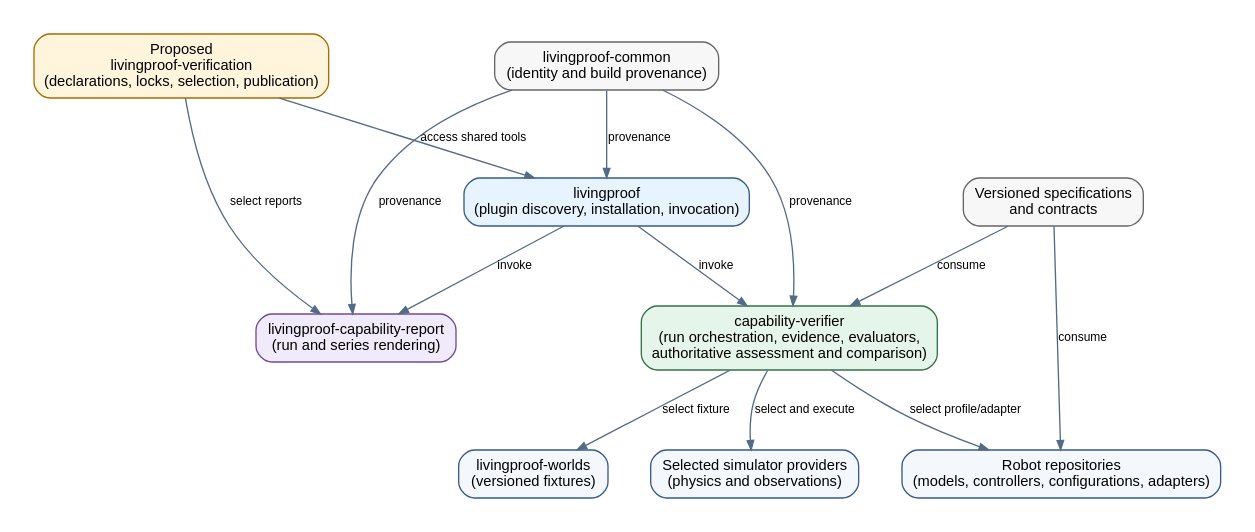
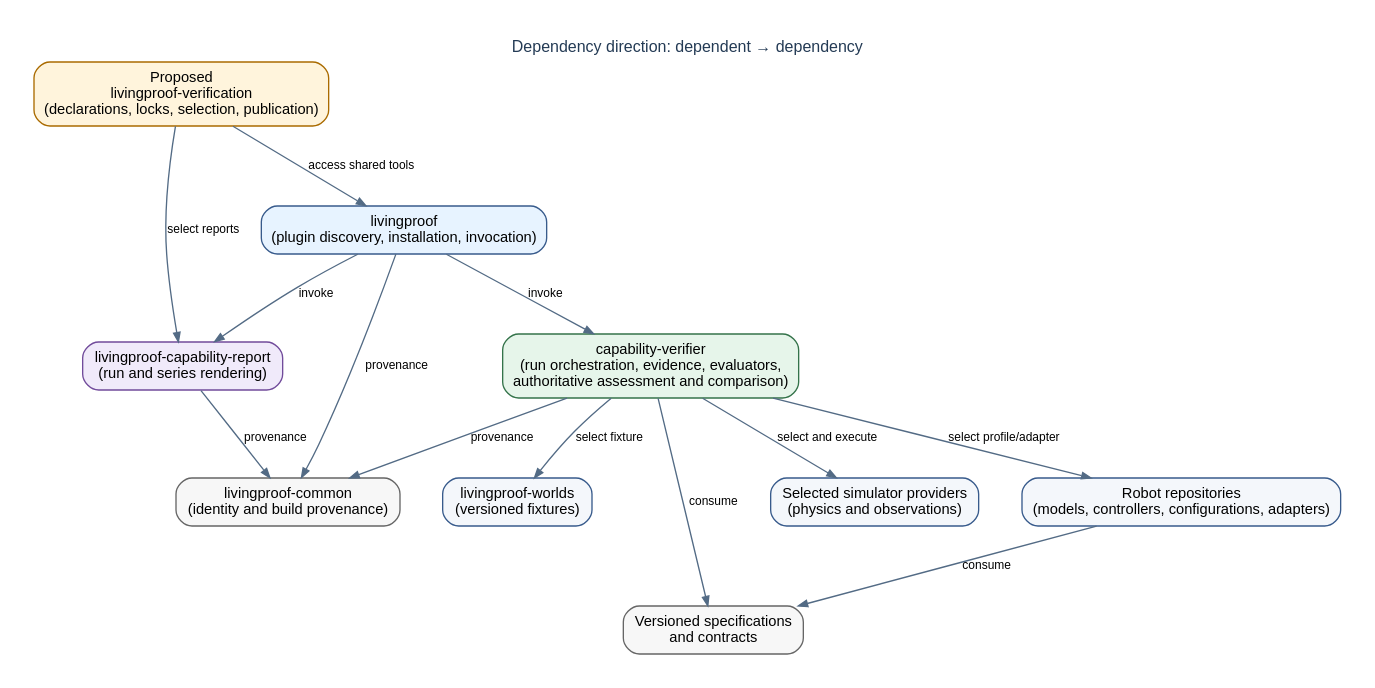
Before and after one commit to Living-Proof-Labs/.github: the diagram in docs/architecture/verification-architecture.dot, drawn with Graphviz. The commit also changed 3 other files, not shown here.

Commit message:
docs: clarify verification architecture state

```diff
--- a/docs/architecture/verification-architecture.dot
+++ b/docs/architecture/verification-architecture.dot
@@ -1,29 +1,29 @@
 // SPDX-License-Identifier: CC-BY-4.0
 digraph verification_architecture {
-  graph [rankdir=TB, bgcolor="white", fontname="Arial", pad="0.25", nodesep="0.45", ranksep="0.7"];
+  graph [rankdir=TB, bgcolor="white", fontname="Arial", pad="0.25", nodesep="0.45", ranksep="0.7", label="Dependency direction: dependent → dependency", labelloc="t", fontsize=12, fontcolor="#243b55"];
   node [shape=box, style="rounded,filled", fillcolor="#f4f7fb", color="#385b8c", fontname="Arial", fontsize=11, margin="0.14,0.08"];
   edge [color="#536b85", fontname="Arial", fontsize=9, arrowsize=0.7];
 
   consumer [label="Proposed\nlivingproof-verification\n(declarations, locks, selection, publication)", fillcolor="#fff4dc", color="#aa6b00"];
   access [label="livingproof\n(plugin discovery, installation, invocation)", fillcolor="#e7f3ff"];
   verifier [label="capability-verifier\n(run orchestration, evidence, evaluators,\nauthoritative assessment and comparison)", fillcolor="#e6f5ea", color="#34734a"];
   reporter [label="livingproof-capability-report\n(run and series rendering)", fillcolor="#f0eafa", color="#714b9b"];
   simulator [label="Selected simulator providers\n(physics and observations)"];
   robot [label="Robot repositories\n(models, controllers, configurations, adapters)"];
   worlds [label="livingproof-worlds\n(versioned fixtures)"];
   specs [label="Versioned specifications\nand contracts", fillcolor="#f7f7f7", color="#666666"];
   common [label="livingproof-common\n(identity and build provenance)", fillcolor="#f7f7f7", color="#666666"];
 
   consumer -> access [label="access shared tools"];
   access -> verifier [label="invoke"];
   access -> reporter [label="invoke"];
   verifier -> simulator [label="select and execute"];
   verifier -> robot [label="select profile/adapter"];
   verifier -> worlds [label="select fixture"];
-  specs -> verifier [label="consume"];
-  specs -> robot [label="consume"];
-  common -> access [label="provenance"];
-  common -> verifier [label="provenance"];
-  common -> reporter [label="provenance"];
+  verifier -> specs [label="consume"];
+  robot -> specs [label="consume"];
+  access -> common [label="provenance"];
+  verifier -> common [label="provenance"];
+  reporter -> common [label="provenance"];
   consumer -> reporter [label="select reports"];
 }
```
